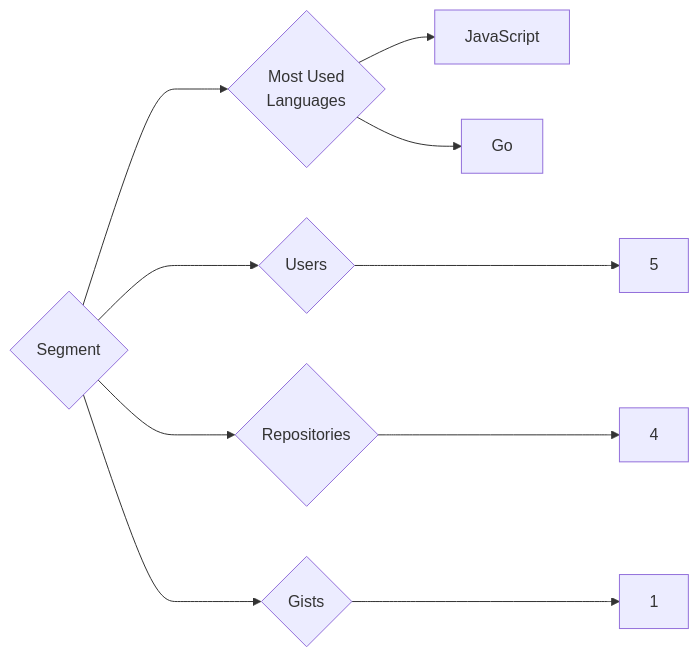
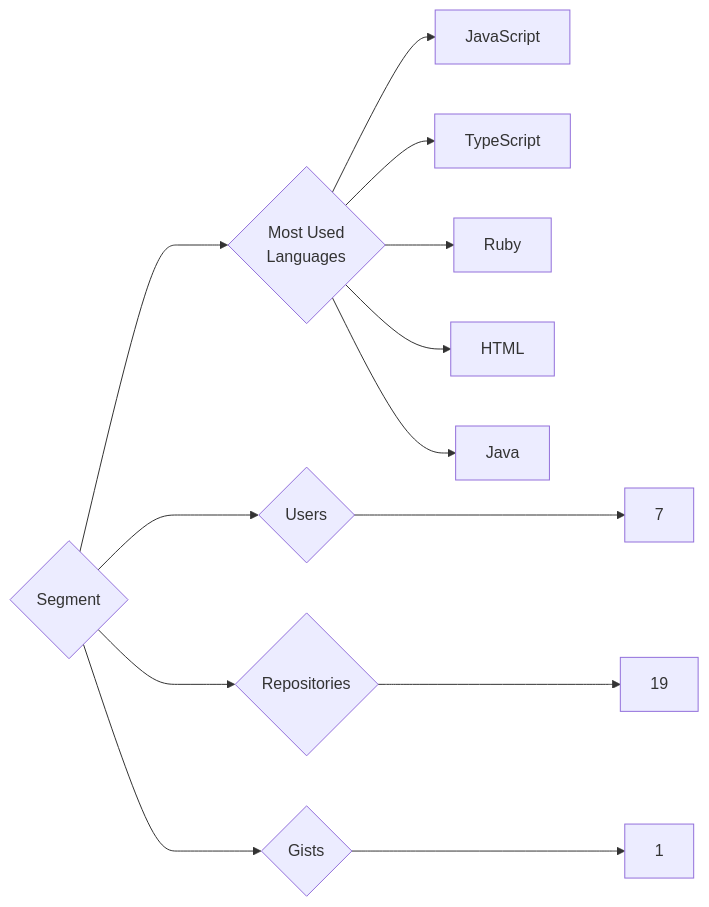
One commit to trickest/insiders changed the diagram in targets/Segment/README.md. Above: the diagram before and after it, drawn with Mermaid. The commit also changed 1479 other files, not shown here.

````diff
--- a/targets/Segment/README.md
+++ b/targets/Segment/README.md
@@ -3,10 +3,13 @@
 ```mermaid
 graph LR
 COMPANY_NAME{Segment}
-COMPANY_NAME ---> U{Users} ---> UN[5]
-COMPANY_NAME ---> R{Repositories} ---> RN[4]
+COMPANY_NAME ---> U{Users} ---> UN[7]
+COMPANY_NAME ---> R{Repositories} ---> RN[19]
 COMPANY_NAME ---> G{Gists} ---> GN[1]
 COMPANY_NAME ---> ML{Most Used<br>Languages}
 ML --> JavaScript[JavaScript]
-ML --> Go[Go]
+ML --> TypeScript[TypeScript]
+ML --> Ruby[Ruby]
+ML --> HTML[HTML]
+ML --> Java[Java]
 ```
````
